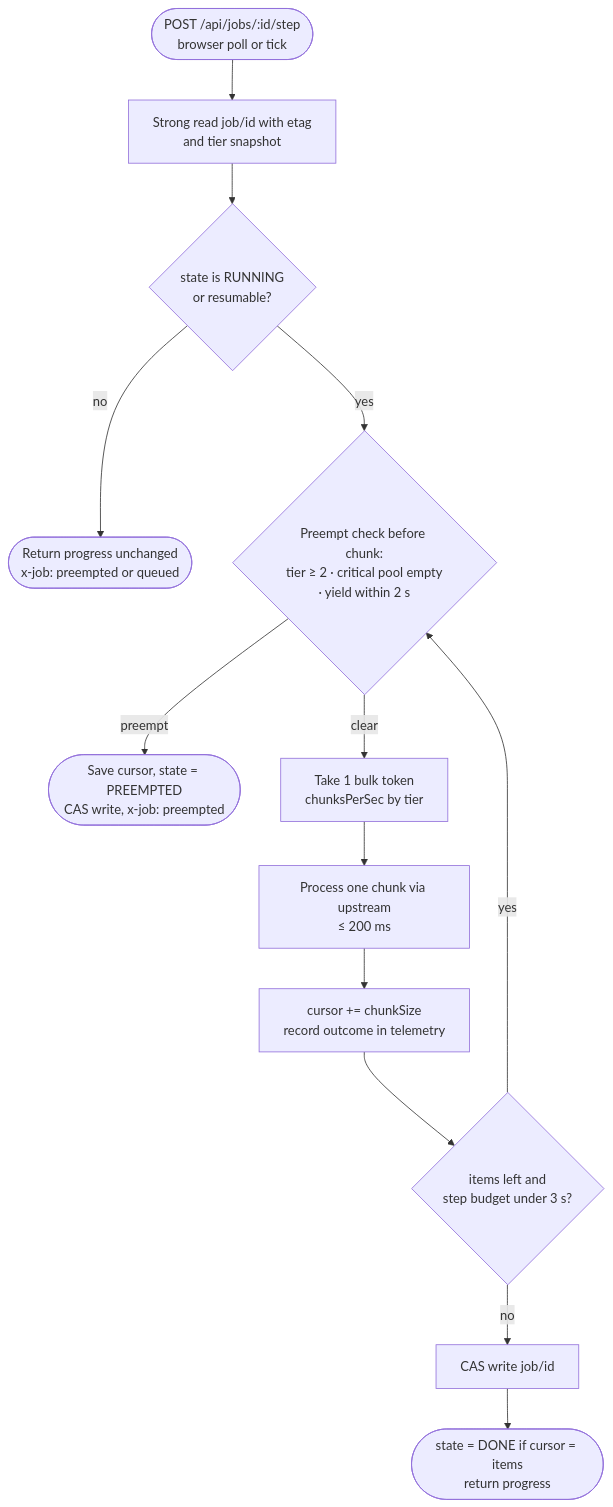
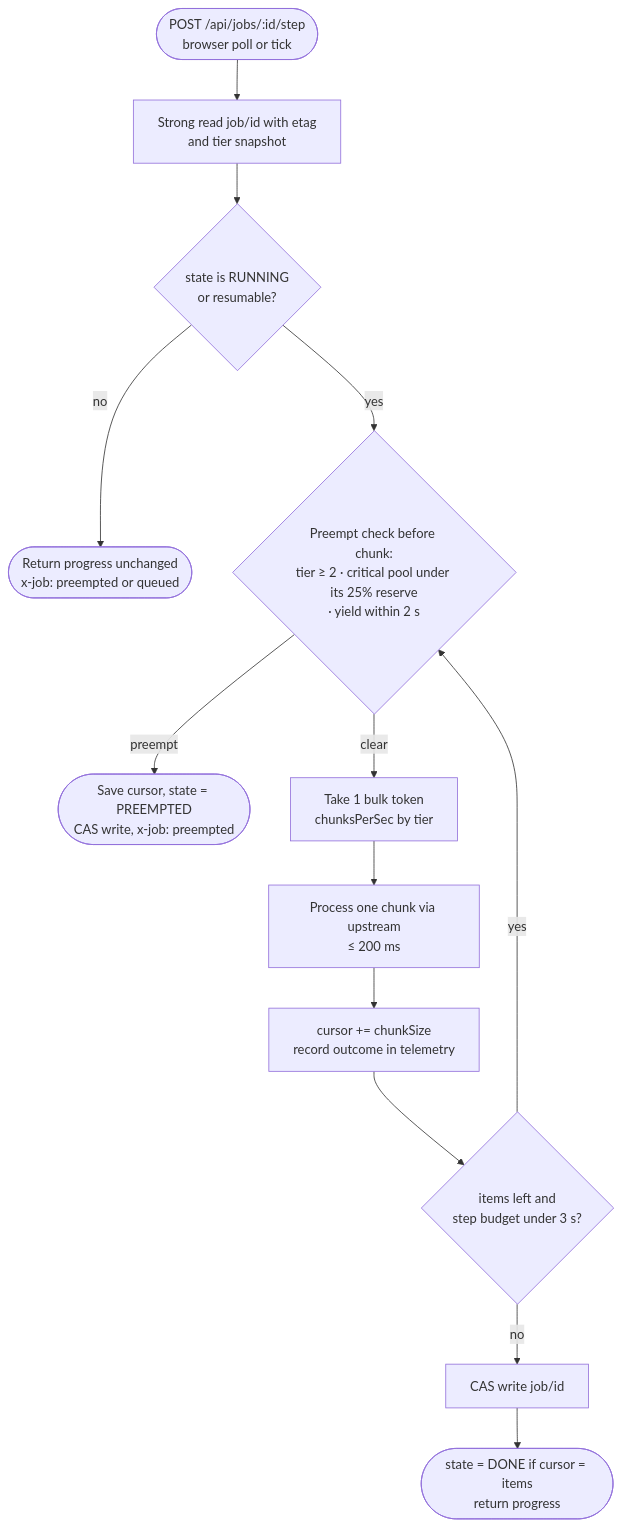
One commit to bharath-ramaprasad/infra-guardian changed the third of 4 diagrams in docs/data-plane.md. Above: the diagram before and after it, drawn with Mermaid. The commit also changed other lines of this file and 34 other files, not shown here.

````diff
--- a/docs/data-plane.md
+++ b/docs/data-plane.md
@@ -70,23 +70,23 @@
 ```mermaid
 flowchart TB
   IN([POST /api/jobs/:id/step<br/>browser poll or tick])
   LOAD["Strong read job/id with etag<br/>and tier snapshot"]
   ST{state is RUNNING<br/>or resumable?}
   PARK([Return progress unchanged<br/>x-job: preempted or queued])
-  CHK{Preempt check before chunk:<br/>tier ≥ 2 · critical pool empty<br/>· yield within 2 s}
+  CHK{Preempt check before chunk:<br/>tier ≥ 2 · critical pool under its 25% reserve<br/>· yield within 2 s}
   PRE([Save cursor, state = PREEMPTED<br/>CAS write, x-job: preempted])
   TOK["Take 1 bulk token<br/>chunksPerSec by tier"]
   CHUNK["Process one chunk via upstream<br/>≤ 200 ms"]
   CUR["cursor += chunkSize<br/>record outcome in telemetry"]
   MORE{items left and<br/>step budget under 3 s?}
   SAVE["CAS write job/id"]
   DONE([state = DONE if cursor = items<br/>return progress])
 
   IN --> LOAD --> ST
   ST -->|no| PARK
   ST -->|yes| CHK
   CHK -->|preempt| PRE
   CHK -->|clear| TOK --> CHUNK --> CUR --> MORE
   MORE -->|yes| CHK
   MORE -->|no| SAVE --> DONE
 ```
````
